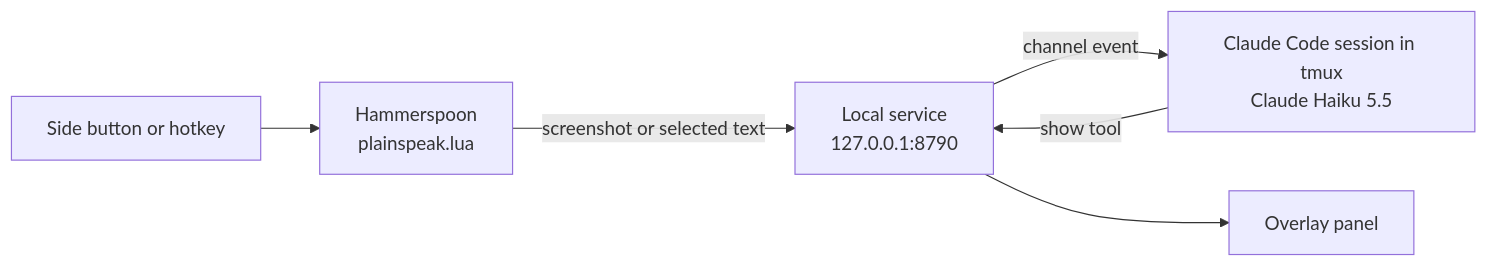
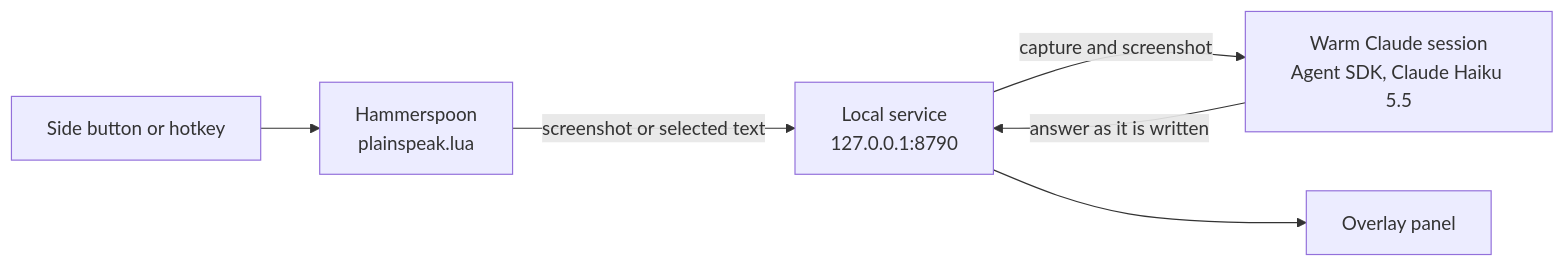
Before and after one commit to OscarC178/Plain-speak: the diagram in README.md, drawn with Mermaid. The commit also changed other lines of this file and 14 other files, not shown here.

First line of the commit message:
feat: run Claude through a warm Agent SDK session instead of tmux

````diff
--- a/README.md
+++ b/README.md
@@ -70,8 +70,8 @@
 ```mermaid
 flowchart LR
   A[Side button or hotkey] --> B[Hammerspoon<br/>plainspeak.lua]
   B -- screenshot or selected text --> C[Local service<br/>127.0.0.1:8790]
-  C -- channel event --> D[Claude Code session in tmux<br/>Claude Haiku 5.5]
-  D -- show tool --> C
+  C -- capture and screenshot --> D[Warm Claude session<br/>Agent SDK, Claude Haiku 5.5]
+  D -- answer as it is written --> C
   C --> E[Overlay panel]
 ```
````
